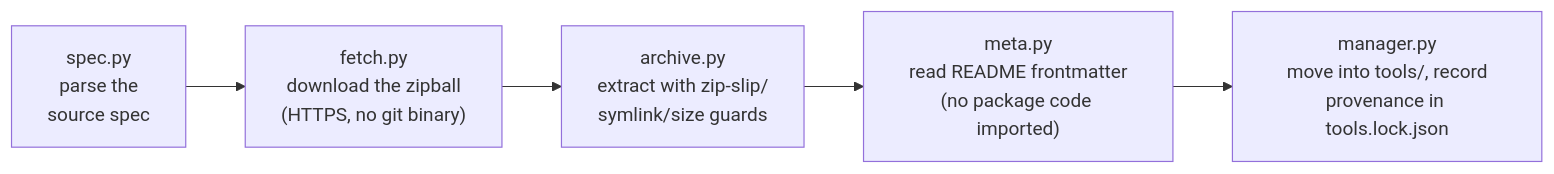
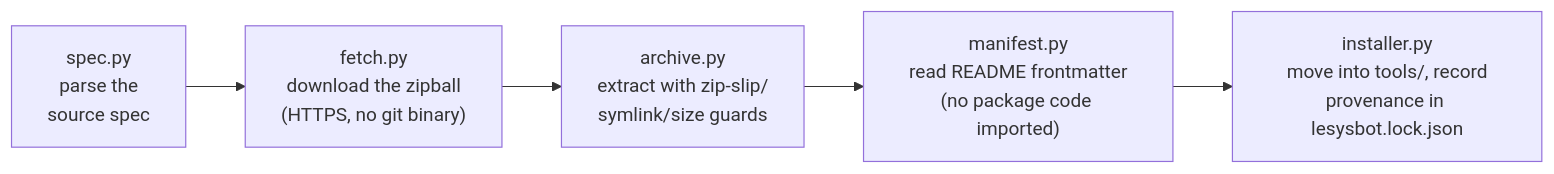
The third of 3 diagrams in docs/architecture.md (lesysbot/lesysbot), drawn with Mermaid before and after one commit. The commit also changed other lines of this file and 89 other files, not shown here.

````diff
--- a/docs/architecture.md
+++ b/docs/architecture.md
@@ -327,4 +327,4 @@
 ```mermaid
 flowchart LR
-    spec["spec.py<br>parse the<br>source spec"] --> fetch["fetch.py<br>download the zipball<br>(HTTPS, no git binary)"] --> archive["archive.py<br>extract with zip-slip/<br>symlink/size guards"] --> meta["meta.py<br>read README frontmatter<br>(no package code imported)"] --> manager["manager.py<br>move into tools/, record<br>provenance in tools.lock.json"]
+    spec["spec.py<br>parse the<br>source spec"] --> fetch["fetch.py<br>download the zipball<br>(HTTPS, no git binary)"] --> archive["archive.py<br>extract with zip-slip/<br>symlink/size guards"] --> manifest["manifest.py<br>read README frontmatter<br>(no package code imported)"] --> installer["installer.py<br>move into tools/, record<br>provenance in lesysbot.lock.json"]
 ```
````
